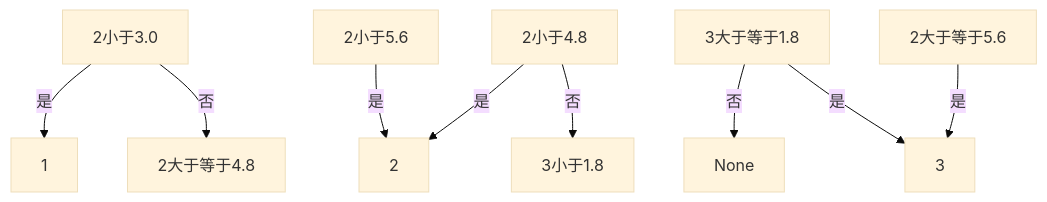
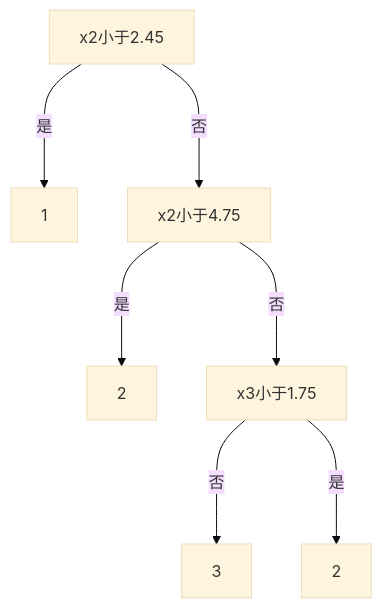
The diagram in id3/out.md (nyml2003/ai_experiment), drawn with Mermaid (base theme) before and after one commit. The commit also changed 7 other files, not shown here.

````diff
--- a/id3/out.md
+++ b/id3/out.md
@@ -1,12 +1,9 @@
 ```mermaid
 graph TD
-2小于3.0-->|是| 1
-2小于3.0-->|否| 2大于等于4.8
-2小于4.8-->|是| 2
-2小于4.8-->|否| 3小于1.8
-3大于等于1.8-->|否| None
-2小于5.6-->|是| 2
-2大于等于5.6-->|是| 3
-3大于等于1.8-->|是| 3
-
+x2小于2.45 --->|是| N1[1]
+x2小于2.45 --->|否| x2小于4.75
+x2小于4.75 --->|是| N2[2]
+x2小于4.75 --->|否| x3小于1.75
+x3小于1.75 --->|否| N3[3]
+x3小于1.75 --->|是| N4[2]
 ```
````
